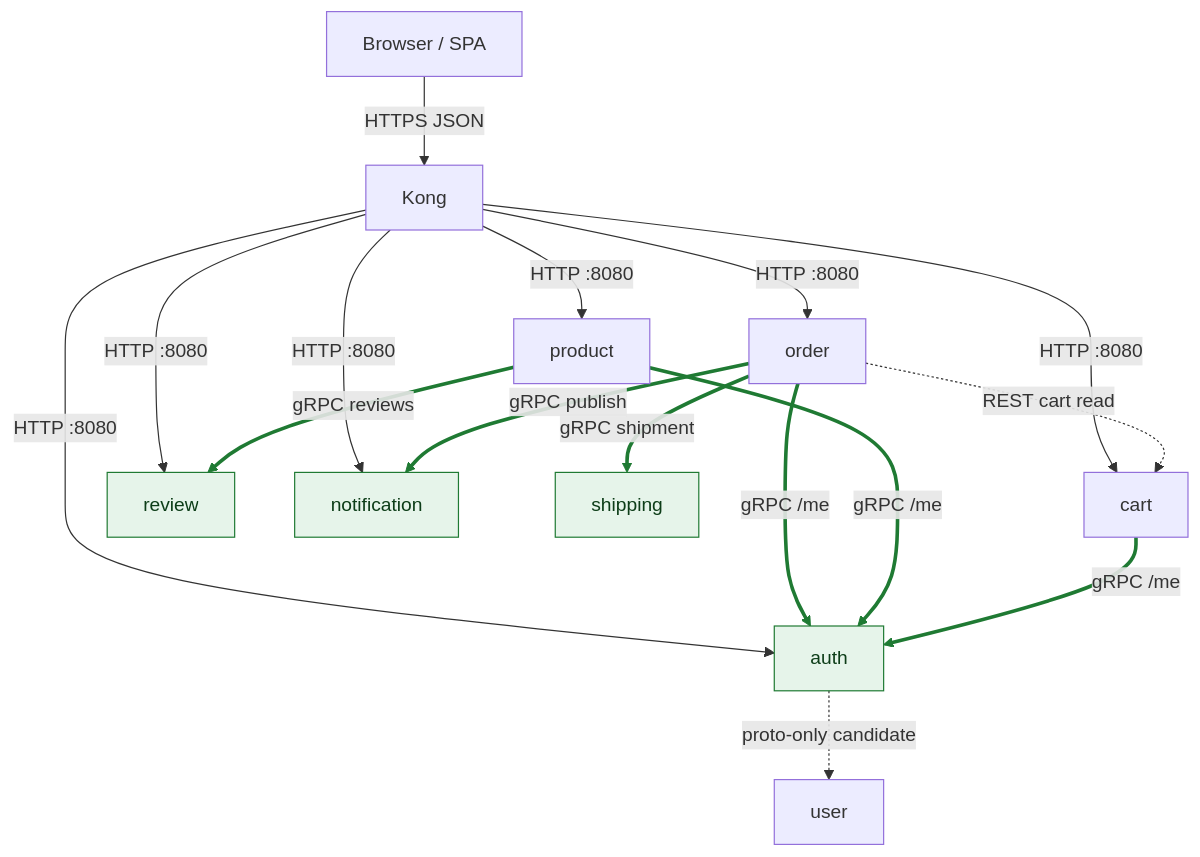
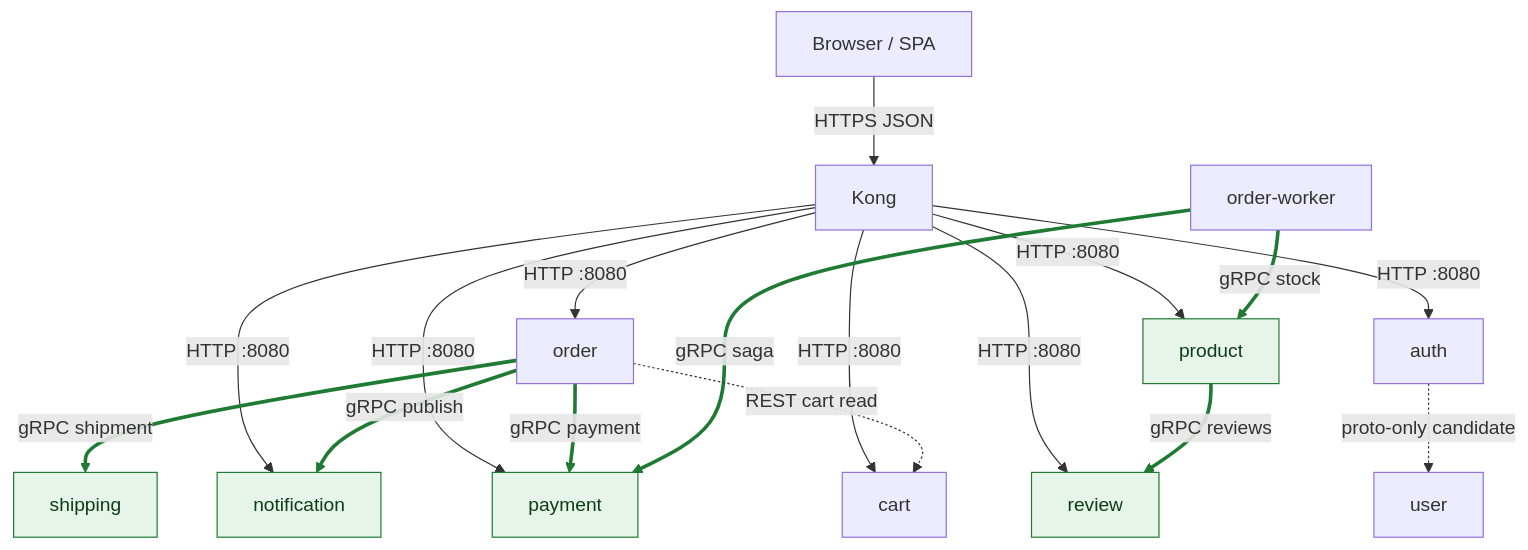
One commit to duynhlab/homelab changed the fourth of 4 diagrams in docs/api/grpc-internal-comms.md. Above: the diagram before and after it, drawn with Mermaid. The commit also changed other lines of this file and 43 other files, not shown here.

````diff
--- a/docs/api/grpc-internal-comms.md
+++ b/docs/api/grpc-internal-comms.md
@@ -341,26 +346,27 @@
 ```mermaid
 flowchart TD
     B[Browser / SPA] -->|HTTPS JSON| K[Kong]
     K -->|HTTP :8080| ORDER[order]
     K -->|HTTP :8080| PRODUCT[product]
     K -->|HTTP :8080| CART[cart]
     K -->|HTTP :8080| AUTH[auth]
     K -->|HTTP :8080| REVIEW[review]
     K -->|HTTP :8080| NOTIF[notification]
+    K -->|HTTP :8080| PAYMENT[payment]
 
     %% All east-west hops are gRPC-only (:9090)
-    ORDER ==>|"gRPC /me"| AUTH
-    PRODUCT ==>|"gRPC /me"| AUTH
-    CART ==>|"gRPC /me"| AUTH
     ORDER ==>|"gRPC shipment"| SHIP[shipping]
     PRODUCT ==>|"gRPC reviews"| REVIEW
     ORDER ==>|"gRPC publish"| NOTIF
+    ORDER ==>|"gRPC payment"| PAYMENT
+    WORKER[order-worker] ==>|"gRPC saga"| PAYMENT
+    WORKER ==>|"gRPC stock"| PRODUCT
 
     %% Not migrated / candidate
     ORDER -. "REST cart read" .-> CART
     AUTH -. "proto-only candidate" .-> USER[user]
 
-    linkStyle 7,8,9,10,11,12 stroke:#1f7a33,stroke-width:3px
+    linkStyle 8,9,10,11,12,13 stroke:#1f7a33,stroke-width:3px
     classDef live fill:#e6f4ea,stroke:#1f7a33,color:#0d3d18
-    class AUTH,SHIP,REVIEW,NOTIF live
+    class SHIP,REVIEW,NOTIF,PAYMENT,PRODUCT live
 ```
````
